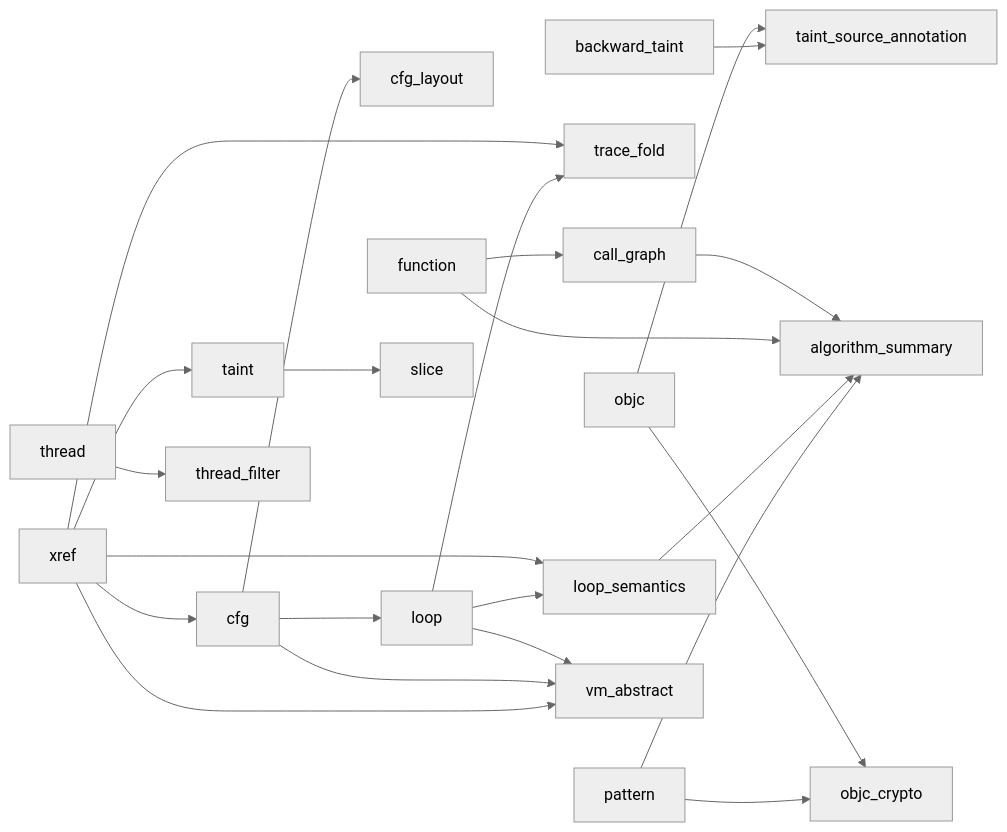
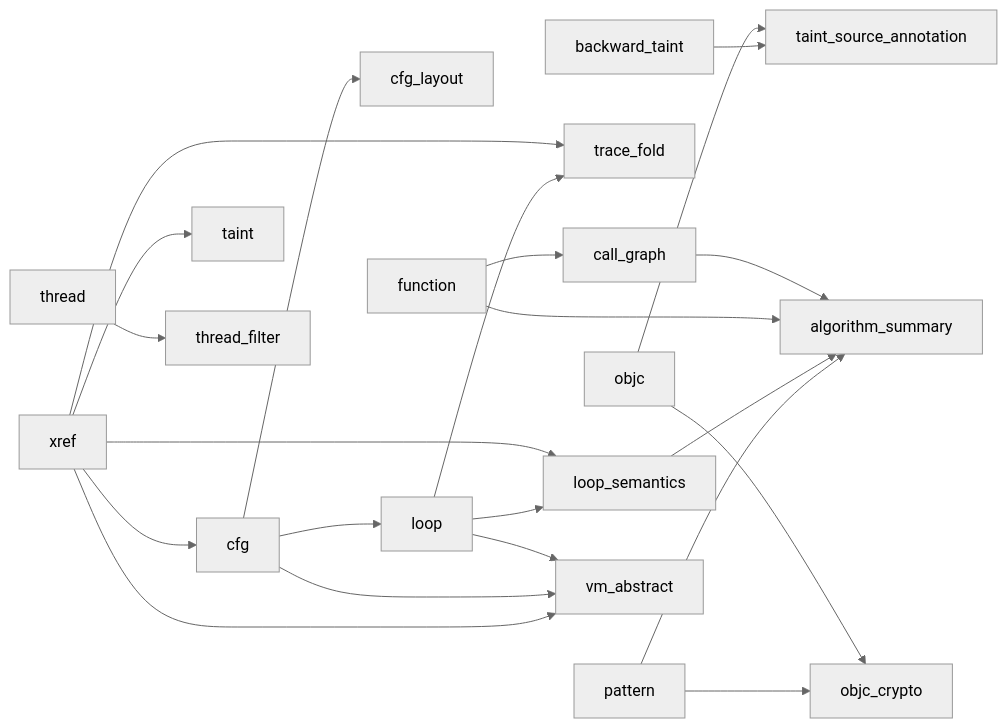
Before and after one commit to fuckreverse/retrace: the second of 2 diagrams in slowmo/docs/analysis-layer.md, drawn with Mermaid (neutral theme). The commit also changed other lines of this file and 10 other files, not shown here.

````diff
--- a/slowmo/docs/analysis-layer.md
+++ b/slowmo/docs/analysis-layer.md
@@ -183,25 +184,24 @@
 ```mermaid
 flowchart LR
     xref --> cfg
     cfg --> cfg_layout
     cfg --> loop
     function --> call_graph
     xref --> taint
-    taint --> slice
     loop --> trace_fold
     xref --> trace_fold
     loop --> loop_semantics
     xref --> loop_semantics
     backward_taint --> taint_source_annotation
     objc --> taint_source_annotation
     pattern --> objc_crypto
     objc --> objc_crypto
     thread --> thread_filter
 pattern --> algorithm_summary
 loop_semantics --> algorithm_summary
     function --> algorithm_summary
     call_graph --> algorithm_summary
     xref --> vm_abstract
     cfg --> vm_abstract
     loop --> vm_abstract
 ```
````
